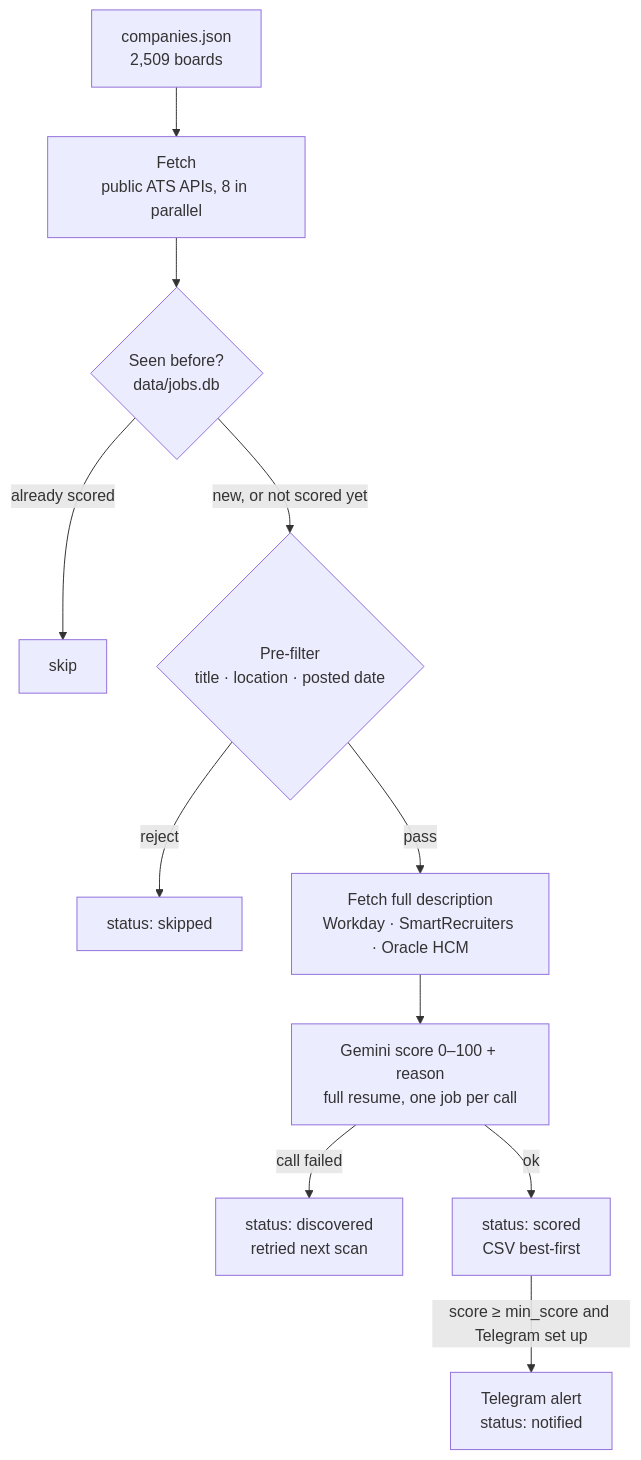
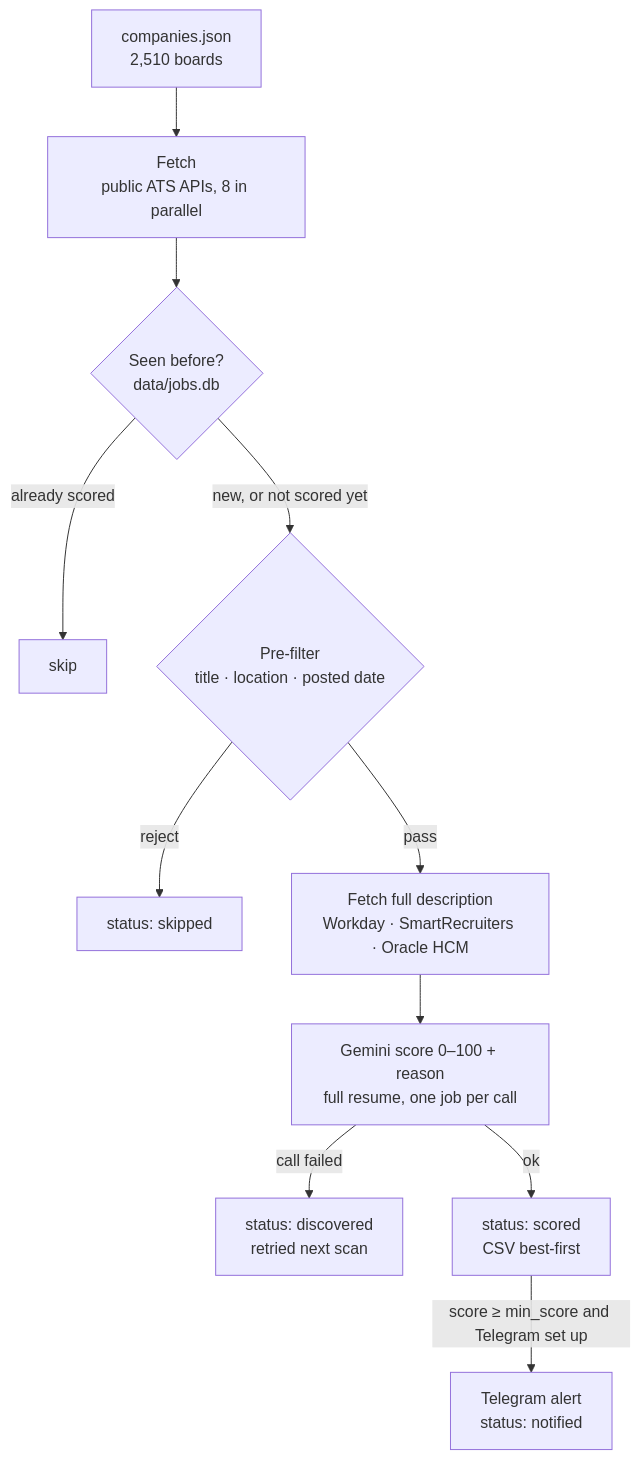
Before and after one commit to Manish814142/rolesight: the diagram in README.md, drawn with Mermaid. The commit also changed other lines of this file and 9 other files, not shown here.

````diff
--- a/README.md
+++ b/README.md
@@ -86,13 +86,13 @@
 ```mermaid
 flowchart TD
-    C["companies.json<br/>2,509 boards"] --> F["Fetch<br/>public ATS APIs, 8 in parallel"]
+    C["companies.json<br/>2,510 boards"] --> F["Fetch<br/>public ATS APIs, 8 in parallel"]
     F --> D{"Seen before?<br/>data/jobs.db"}
     D -- "already scored" --> X["skip"]
     D -- "new, or not scored yet" --> P{"Pre-filter<br/>title · location · posted date"}
     P -- reject --> S["status: skipped"]
     P -- pass --> E["Fetch full description<br/>Workday · SmartRecruiters · Oracle HCM"]
     E --> G["Gemini score 0–100 + reason<br/>full resume, one job per call"]
     G -- "call failed" --> R["status: discovered<br/>retried next scan"]
     G -- ok --> O["status: scored<br/>CSV best-first"]
     O -- "score ≥ min_score and Telegram set up" --> T["Telegram alert<br/>status: notified"]
 ```
````
